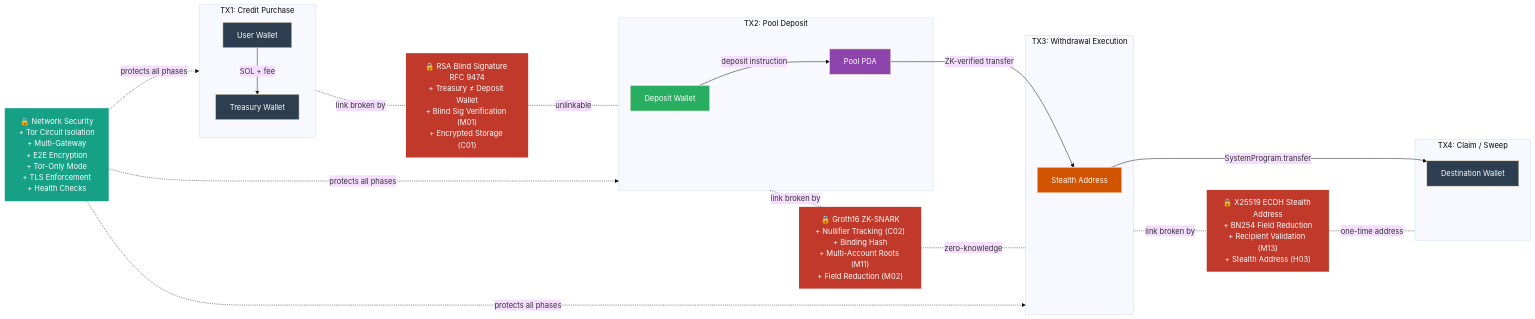
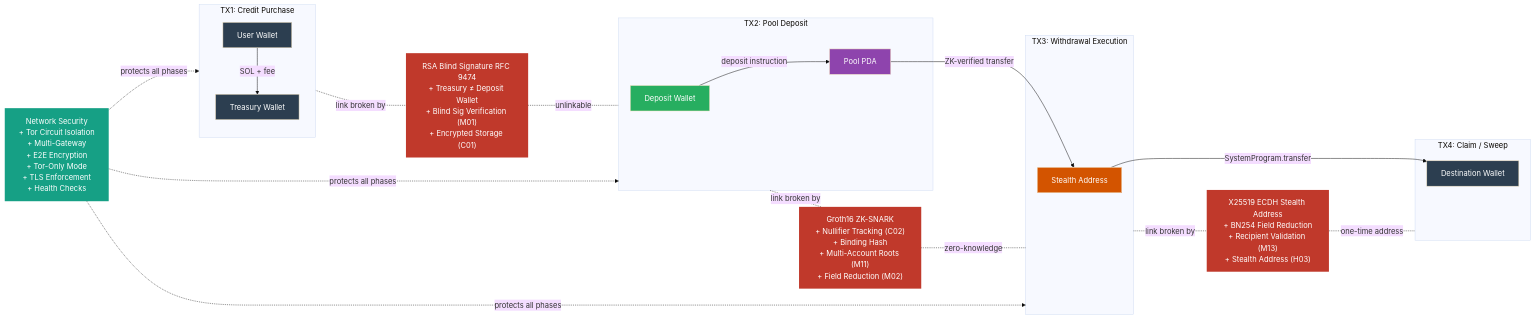
One commit to MdSadiqMd/TraceZero changed the second of 2 diagrams in README.md. Above: the diagram before and after it, drawn with Mermaid (base theme).

Commit message:
udapte README.md

````diff
--- a/README.md
+++ b/README.md
@@ -169,49 +169,49 @@
 ```mermaid
 flowchart LR
     subgraph TX1["TX1: Credit Purchase"]
         UW[User Wallet] -->|SOL + fee| TW[Treasury Wallet]
     end
 
     subgraph TX2["TX2: Pool Deposit"]
         DWallet[Deposit Wallet] -->|deposit instruction| Pool[Pool PDA]
     end
 
     subgraph TX3["TX3: Withdrawal Execution"]
         Pool -->|ZK-verified transfer| Stealth[Stealth Address]
     end
 
     subgraph TX4["TX4: Claim / Sweep"]
         Stealth -->|SystemProgram.transfer| Dest[Destination Wallet]
     end
 
     TX1 ~~~ TX2
     TX2 ~~~ TX3
     TX3 ~~~ TX4
 
-    B1["🔒 RSA Blind Signature RFC 9474<br/>+ Treasury ≠ Deposit Wallet<br/>+ Blind Sig Verification (M01)<br/>+ Encrypted Storage (C01)"]
-    B2["🔒 Groth16 ZK-SNARK<br/>+ Nullifier Tracking (C02)<br/>+ Binding Hash<br/>+ Multi-Account Roots (M11)<br/>+ Field Reduction (M02)"]
-    B3["🔒 X25519 ECDH Stealth Address<br/>+ BN254 Field Reduction<br/>+ Recipient Validation (M13)<br/>+ Stealth Address (H03)"]
-    B4["🔒 Network Security<br/>+ Tor Circuit Isolation <br/>+ Multi-Gateway <br/>+ E2E Encryption <br/>+ Tor-Only Mode <br/>+ TLS Enforcement <br/>+ Health Checks"]
+    B1["RSA Blind Signature RFC 9474<br/>+ Treasury ≠ Deposit Wallet<br/>+ Blind Sig Verification (M01)<br/>+ Encrypted Storage (C01)"]
+    B2["Groth16 ZK-SNARK<br/>+ Nullifier Tracking (C02)<br/>+ Binding Hash<br/>+ Multi-Account Roots (M11)<br/>+ Field Reduction (M02)"]
+    B3["X25519 ECDH Stealth Address<br/>+ BN254 Field Reduction<br/>+ Recipient Validation (M13)<br/>+ Stealth Address (H03)"]
+    B4["Network Security<br/>+ Tor Circuit Isolation <br/>+ Multi-Gateway <br/>+ E2E Encryption <br/>+ Tor-Only Mode <br/>+ TLS Enforcement <br/>+ Health Checks"]
 
     TX1 -.-|link broken by| B1
     B1 -.-|unlinkable| TX2
     TX2 -.-|link broken by| B2
     B2 -.-|zero-knowledge| TX3
     TX3 -.-|link broken by| B3
     B3 -.-|one-time address| TX4
     
     B4 -.->|protects all phases| TX1
     B4 -.->|protects all phases| TX2
     B4 -.->|protects all phases| TX3
 
     style B1 fill:#c0392b,color:#fff,stroke:none
     style B2 fill:#c0392b,color:#fff,stroke:none
     style B3 fill:#c0392b,color:#fff,stroke:none
     style B4 fill:#16a085,color:#fff,stroke:none
     style UW fill:#2c3e50,color:#fff
     style TW fill:#2c3e50,color:#fff
     style DWallet fill:#27ae60,color:#fff
     style Pool fill:#8e44ad,color:#fff
     style Stealth fill:#d35400,color:#fff
     style Dest fill:#2c3e50,color:#fff
 ```
````
